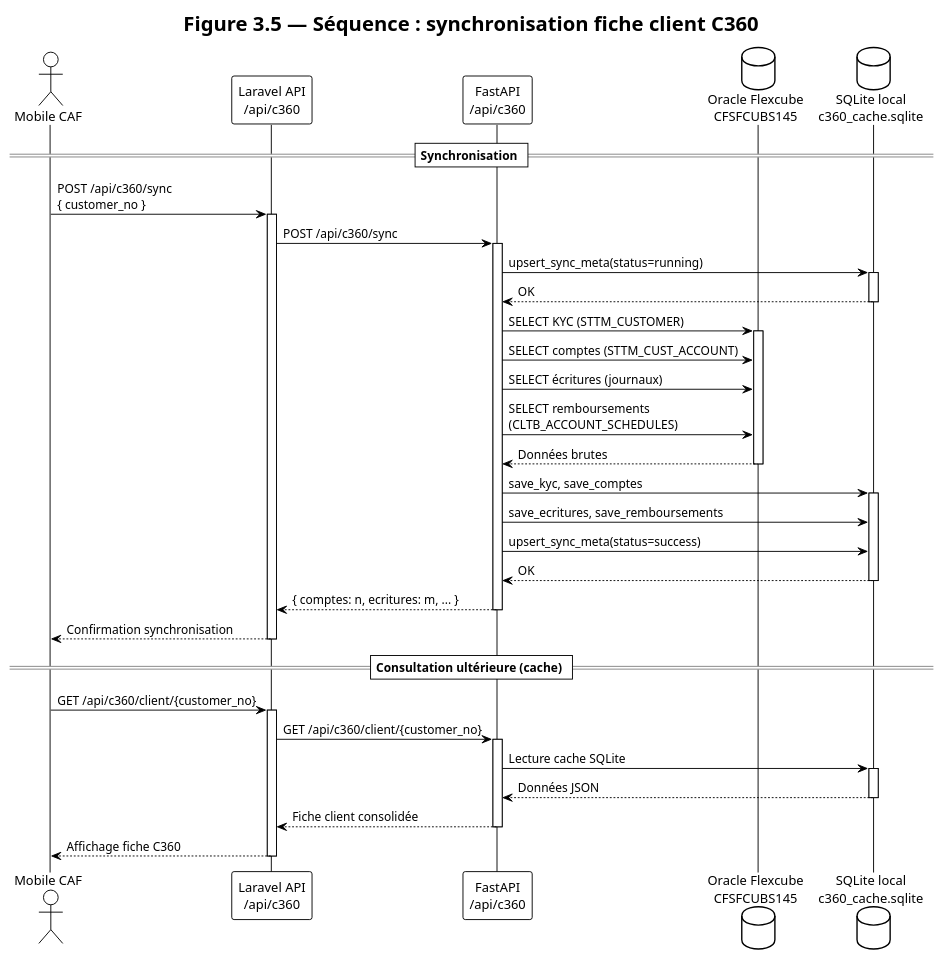
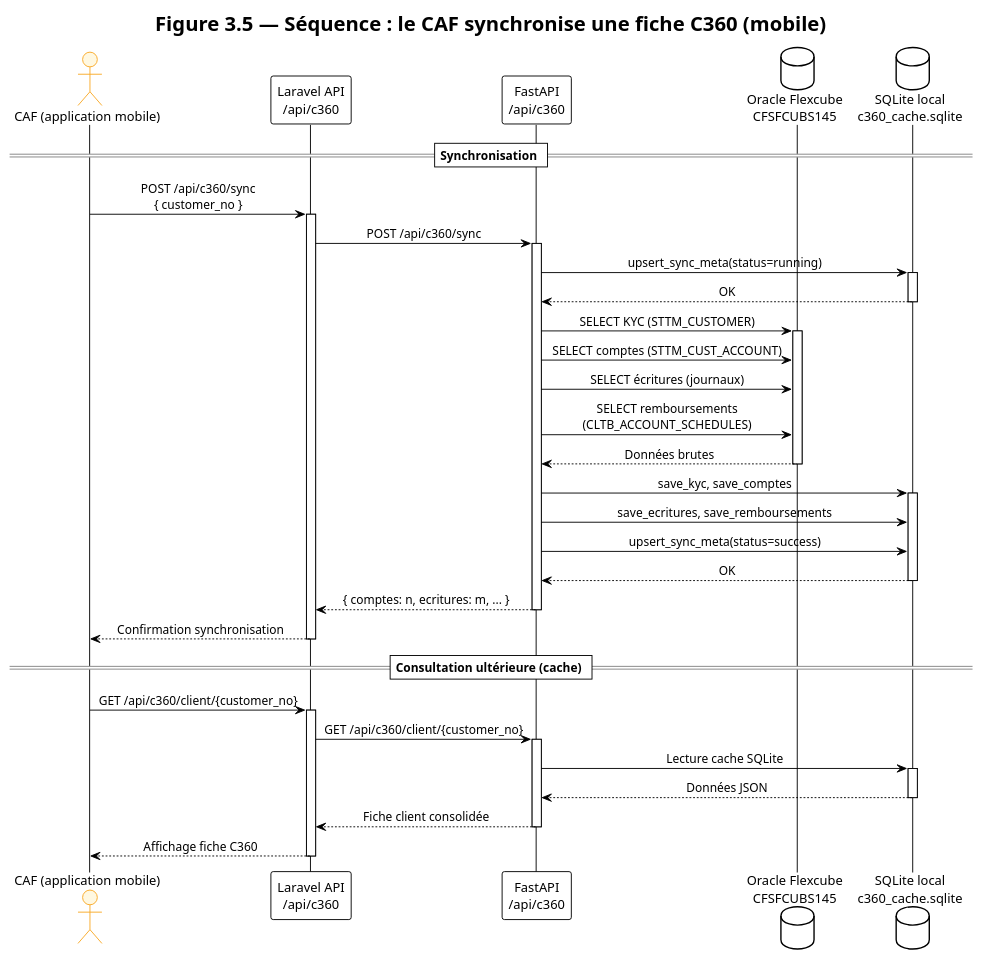
One commit to Modou1ngom/cofidash changed the diagram in docs/plantuml/05_sequence_sync_c360.puml. Above: the diagram before and after it, drawn with PlantUML. The commit also changed 39 other files, not shown here.

```diff
--- a/docs/plantuml/05_sequence_sync_c360.puml
+++ b/docs/plantuml/05_sequence_sync_c360.puml
@@ -1,60 +1,69 @@
 @startuml sequence_sync_c360
 !theme plain
-title Figure 3.5 — Séquence : synchronisation fiche client C360
-
 skinparam shadowing false
 skinparam defaultFontName Arial
+skinparam usecase {
+  BackgroundColor #E8F4FD
+  BorderColor #1565C0
+}
+skinparam actor {
+  BackgroundColor #FFF8E1
+  BorderColor #F9A825
+}
+skinparam sequenceMessageAlign center
+skinparam ActivityDiamondBackgroundColor #FFF8E1
+title Figure 3.5 — Séquence : le CAF synchronise une fiche C360 (mobile)
 
-actor "Mobile CAF" as M
+actor "CAF (application mobile)" as M
 participant "Laravel API\n/api/c360" as L
 participant "FastAPI\n/api/c360" as P
 database "Oracle Flexcube\nCFSFCUBS145" as FC
 database "SQLite local\nc360_cache.sqlite" as SQL
 
 == Synchronisation ==
 
 M -> L : POST /api/c360/sync\n{ customer_no }
 activate L
 L -> P : POST /api/c360/sync
 activate P
 P -> SQL : upsert_sync_meta(status=running)
 activate SQL
 SQL --> P : OK
 deactivate SQL
 
 P -> FC : SELECT KYC (STTM_CUSTOMER)
 activate FC
 P -> FC : SELECT comptes (STTM_CUST_ACCOUNT)
 P -> FC : SELECT écritures (journaux)
 P -> FC : SELECT remboursements\n(CLTB_ACCOUNT_SCHEDULES)
 FC --> P : Données brutes
 deactivate FC
 
 P -> SQL : save_kyc, save_comptes
 activate SQL
 P -> SQL : save_ecritures, save_remboursements
 P -> SQL : upsert_sync_meta(status=success)
 SQL --> P : OK
 deactivate SQL
 
 P --> L : { comptes: n, ecritures: m, ... }
 deactivate P
 L --> M : Confirmation synchronisation
 deactivate L
 
 == Consultation ultérieure (cache) ==
 
 M -> L : GET /api/c360/client/{customer_no}
 activate L
 L -> P : GET /api/c360/client/{customer_no}
 activate P
 P -> SQL : Lecture cache SQLite
 activate SQL
 SQL --> P : Données JSON
 deactivate SQL
 P --> L : Fiche client consolidée
 deactivate P
 L --> M : Affichage fiche C360
 deactivate L
 
 @enduml
```
